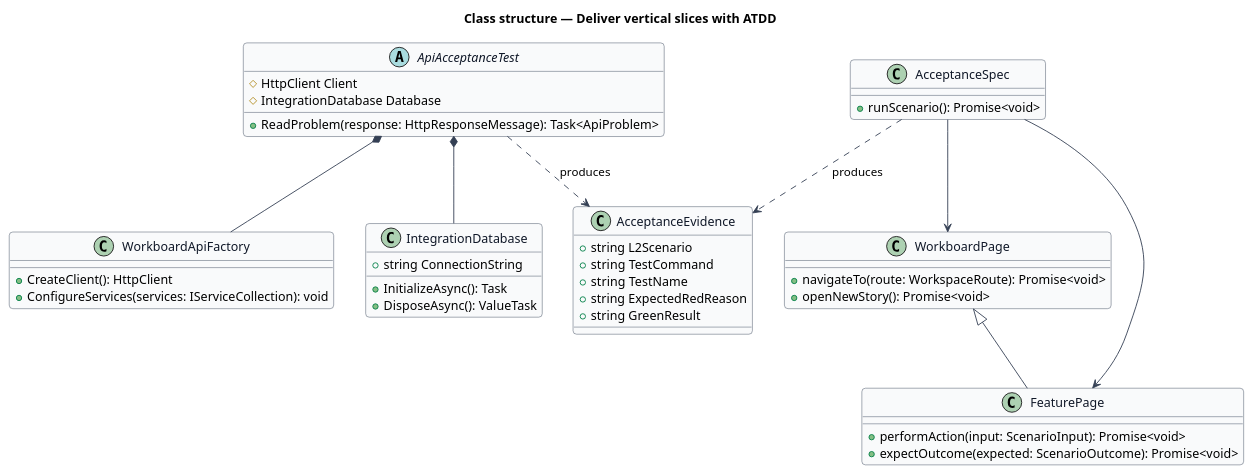
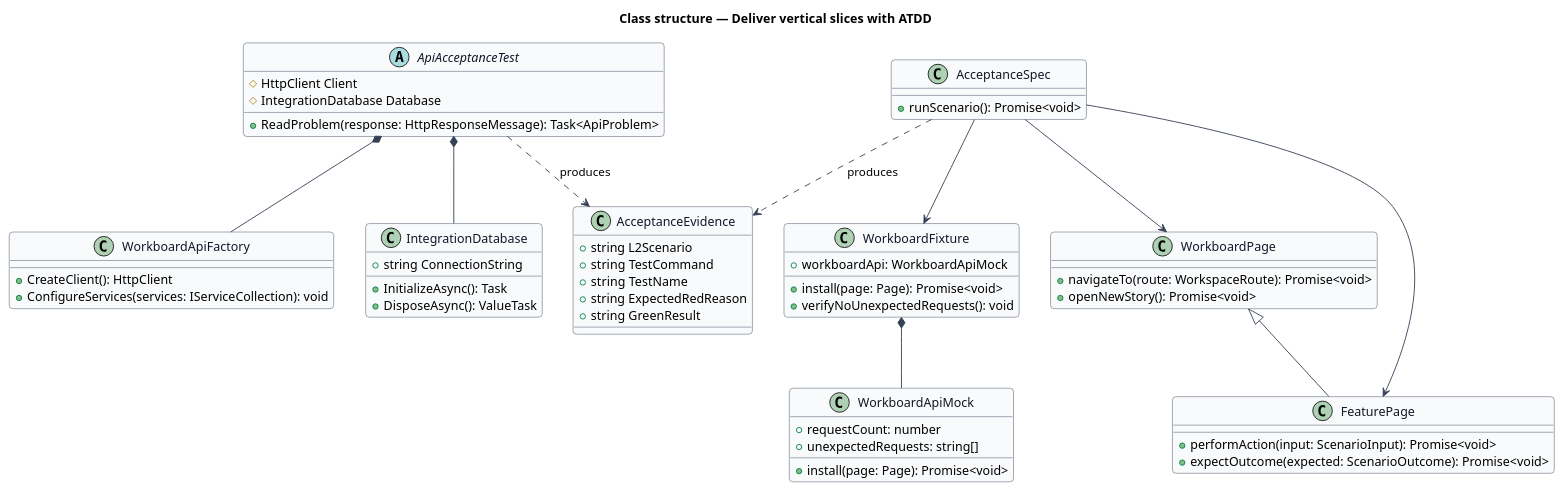
Before and after one commit to QuinntyneBrown/quinntyne-brown-consulting: the diagram in docs/detailed-designs/quality/deliver-with-atdd/diagrams/class-structure.puml, drawn with PlantUML. The commit also changed 24 other files, not shown here.

```diff
--- a/docs/detailed-designs/quality/deliver-with-atdd/diagrams/class-structure.puml
+++ b/docs/detailed-designs/quality/deliver-with-atdd/diagrams/class-structure.puml
@@ -1,60 +1,74 @@
 @startuml
 skinparam backgroundColor #FFFFFF
 skinparam shadowing false
 skinparam roundcorner 8
 skinparam defaultFontName Arial
 skinparam ArrowColor #344054
 skinparam class {
   BorderColor #344054
   FontColor #101828
   BackgroundColor #F9FAFB
 }
 title Class structure — Deliver vertical slices with ATDD
 
 class WorkboardApiFactory {
   +CreateClient(): HttpClient
   +ConfigureServices(services: IServiceCollection): void
 }
 
 class IntegrationDatabase {
   +string ConnectionString
   +InitializeAsync(): Task
   +DisposeAsync(): ValueTask
 }
 
 abstract class ApiAcceptanceTest {
   #HttpClient Client
   #IntegrationDatabase Database
   +ReadProblem(response: HttpResponseMessage): Task<ApiProblem>
 }
 
 class AcceptanceSpec {
   +runScenario(): Promise<void>
 }
 
+class WorkboardFixture {
+  +workboardApi: WorkboardApiMock
+  +install(page: Page): Promise<void>
+  +verifyNoUnexpectedRequests(): void
+}
+
+class WorkboardApiMock {
+  +requestCount: number
+  +unexpectedRequests: string[]
+  +install(page: Page): Promise<void>
+}
+
 class WorkboardPage {
   +navigateTo(route: WorkspaceRoute): Promise<void>
   +openNewStory(): Promise<void>
 }
 
 class FeaturePage {
   +performAction(input: ScenarioInput): Promise<void>
   +expectOutcome(expected: ScenarioOutcome): Promise<void>
 }
 
 class AcceptanceEvidence {
   +string L2Scenario
   +string TestCommand
   +string TestName
   +string ExpectedRedReason
   +string GreenResult
 }
 
 ApiAcceptanceTest *-- WorkboardApiFactory
 ApiAcceptanceTest *-- IntegrationDatabase
 AcceptanceSpec --> WorkboardPage
 AcceptanceSpec --> FeaturePage
+AcceptanceSpec --> WorkboardFixture
+WorkboardFixture *-- WorkboardApiMock
 WorkboardPage <|-- FeaturePage
 ApiAcceptanceTest ..> AcceptanceEvidence : produces
 AcceptanceSpec ..> AcceptanceEvidence : produces
 @enduml
```
